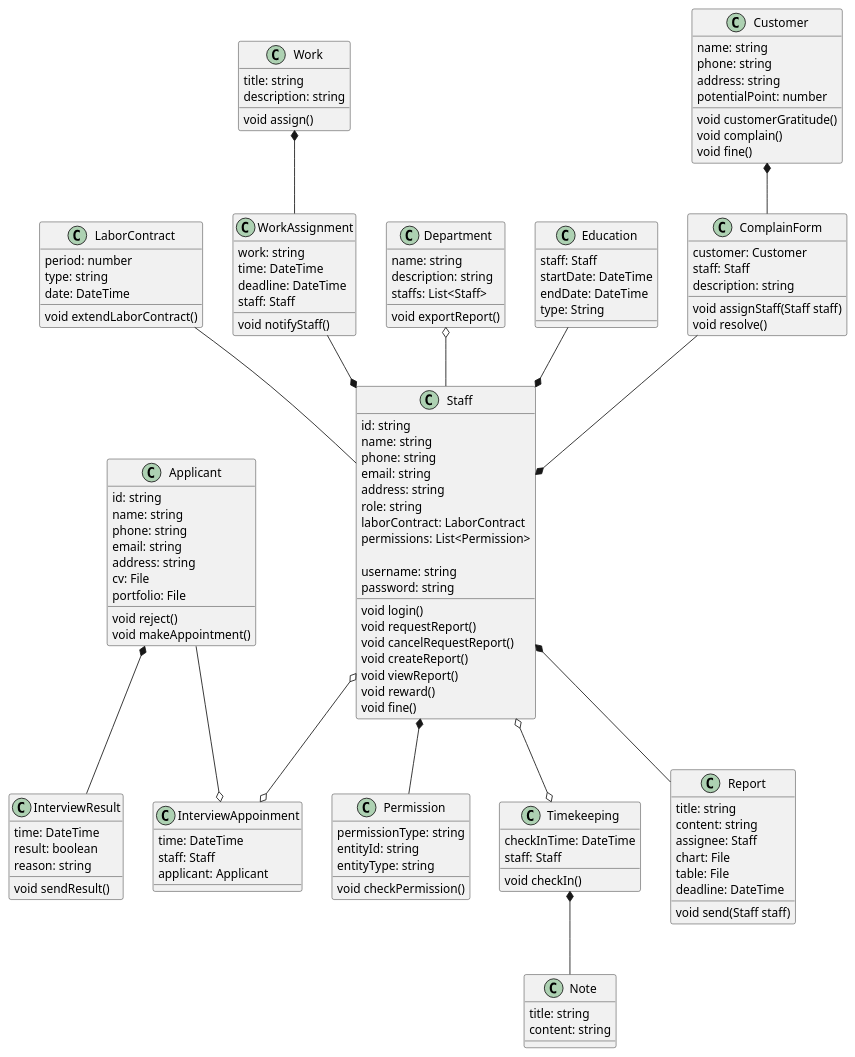
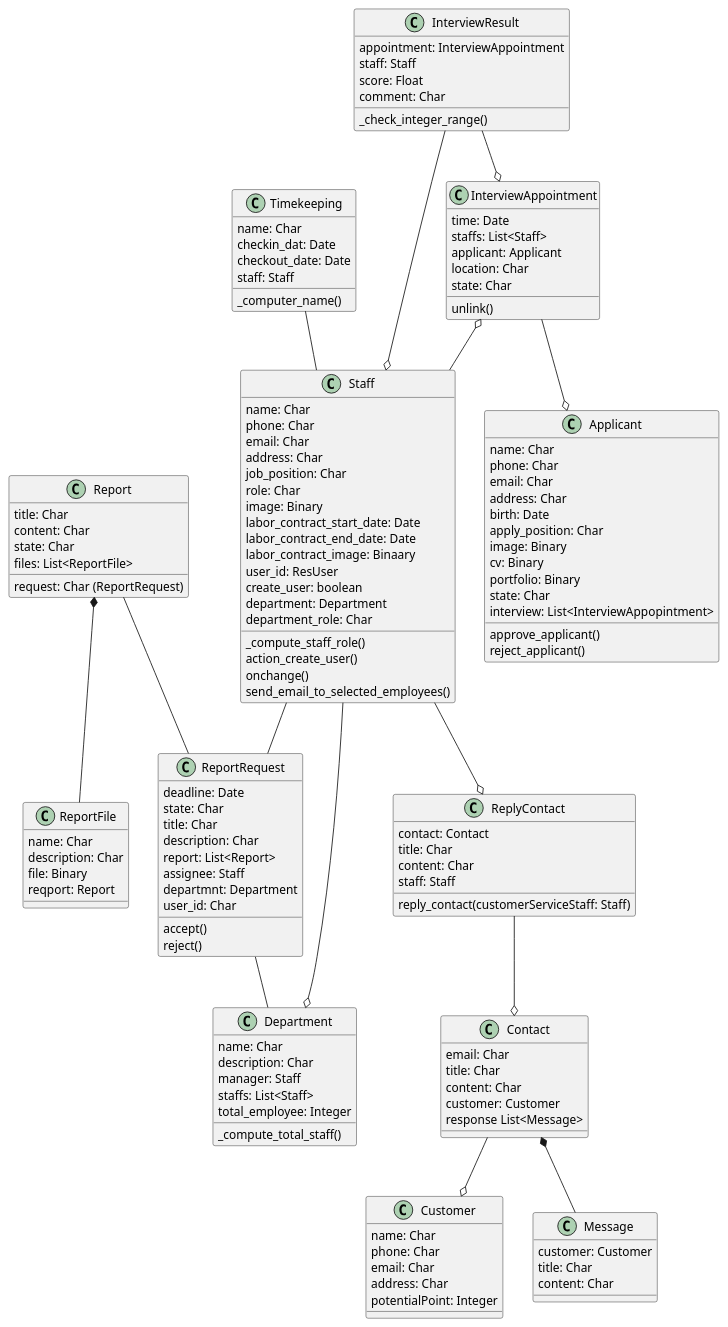
Before and after one commit to bthZang/SE357.O12.PMCL-practice: the diagram in Lab1.2/Class diagram/Class diagram.puml, drawn with PlantUML.

Commit message:
Update Class diagram.puml

```diff
--- a/Lab1.2/Class diagram/Class diagram.puml
+++ b/Lab1.2/Class diagram/Class diagram.puml
@@ -1,158 +1,147 @@
-@startuml "Class diagram"
-
+@startuml
 class Staff {
-    id: string
-    name: string
-    phone: string
-    email: string
-    address: string
-    role: string
-    laborContract: LaborContract
-    permissions: List<Permission>
-
-    username: string
-    password: string
-
-    void login()
-    void requestReport()
-    void cancelRequestReport()
-    void createReport()
-    void viewReport()
-    void reward()
-    void fine()
-}
-
-class LaborContract {
-    period: number
-    type: string
-    date: DateTime
-
-    void extendLaborContract()
-}
-
-class Permission {
-    permissionType: string
-    entityId: string
-    entityType: string
-
-    void checkPermission()
+name: Char
+phone: Char
+email: Char
+address: Char
+job_position: Char
+role: Char
+image: Binary
+labor_contract_start_date: Date
+labor_contract_end_date: Date
+labor_contract_image: Binaary
+user_id: ResUser
+create_user: boolean
+department: Department
+department_role: Char
+_compute_staff_role()
+action_create_user()
+onchange()
+send_email_to_selected_employees()
 }
 
 class Timekeeping {
-    checkInTime: DateTime
-    staff: Staff
-
-    void checkIn()
+name: Char
+checkin_dat: Date
+checkout_date: Date
+staff: Staff
+_computer_name()
 }
 
-class Work {
-    title: string
-    description: string
-
-    void assign()
+class Department {
+name: Char
+description: Char
+manager: Staff
+staffs: List<Staff>
+total_employee: Integer 
+_compute_total_staff()
 }
 
-class WorkAssignment {
-    work: string
-    time: DateTime
-    deadline: DateTime
-    staff: Staff
-
-    void notifyStaff()
+class ReportRequest {
+deadline: Date
+state: Char
+title: Char
+description: Char
+report: List<Report>
+assignee: Staff
+departmnt: Department
+user_id: Char
+accept()
+reject()
 }
 
-class Note {
-    title: string
-    content: string
+class ReportFile {
+name: Char
+description: Char
+file: Binary
+reqport: Report
+}
+
+class Report {
+title: Char
+content: Char
+state: Char
+files: List<ReportFile>
+request: Char (ReportRequest)
+}
+
+class InterviewResult {
+appointment: InterviewAppointment
+staff: Staff
+score: Float
+comment: Char
+_check_integer_range()
+}
+
+class InterviewAppointment {
+time: Date
+staffs: List<Staff>
+applicant: Applicant
+location: Char
+state: Char
+unlink()
 }
 
 class Applicant {
-    id: string
-    name: string
-    phone: string
-    email: string
-    address: string
-    cv: File
-    portfolio: File
-
-    void reject()
-    void makeAppointment()
+name: Char
+phone: Char
+email: Char
+address: Char
+birth: Date
+apply_position: Char
+image: Binary
+cv: Binary
+portfolio: Binary
+state: Char
+interview: List<InterviewAppopintment>
+approve_applicant()
+reject_applicant()
 }
 
-class InterviewResult {
-    time: DateTime
-    result: boolean
-    reason: string
-
-    void sendResult()
-}
-
-class InterviewAppoinment {
-    time: DateTime
-    staff: Staff
-    applicant: Applicant
-}
-
-class Department {
-    name: string
-    description: string
-    staffs: List<Staff>
-
-    void exportReport()
-}
-
-class Education {
-    staff: Staff
-    startDate: DateTime
-    endDate: DateTime
-    type: String
+class Contact {
+email: Char
+title: Char
+content: Char
+customer: Customer
+response List<Message>
 }
 
 class Customer {
-    name: string
-    phone: string
-    address: string
-    potentialPoint: number
-
-    void customerGratitude()
-    void complain()
-    void fine()
+name: Char
+phone: Char
+email: Char
+address: Char
+potentialPoint: Integer
 }
 
-class ComplainForm {
-    customer: Customer
-    staff: Staff
-    description: string
-
-    void assignStaff(Staff staff)
-    void resolve()
+class Message {
+customer: Customer
+title: Char
+content: Char
 }
 
-class Report {
-    title: string
-    content: string
-    assignee: Staff
-    chart: File
-    table: File
-    deadline: DateTime
-
-    void send(Staff staff)
+class ReplyContact {
+contact: Contact
+title: Char
+content: Char
+staff: Staff
+reply_contact(customerServiceStaff: Staff)
 }
 
-Staff *-- Permission
-Staff o--o Timekeeping
-Timekeeping *-- Note
-Applicant *-- InterviewResult
-Applicant --o InterviewAppoinment
-Staff o--o InterviewAppoinment
-Department o-- Staff
-WorkAssignment --* Staff
-Work *-- WorkAssignment
-LaborContract -- Staff
-Education --* Staff
-Customer *-- ComplainForm
-ComplainForm --* Staff
-Staff *-- Report
 
+Timekeeping -- Staff
+Staff --o Department
+Staff -- ReportRequest
+ReportRequest -- Department
+Report *-- ReportFile
+Report -- ReportRequest
+InterviewAppointment o-- Staff
+InterviewResult --o Staff
+InterviewResult --o InterviewAppointment
+InterviewAppointment --o Applicant
+Staff --o ReplyContact
+ReplyContact --o Contact
+Contact --o Customer
+Contact *-- Message
 
 @enduml
```
